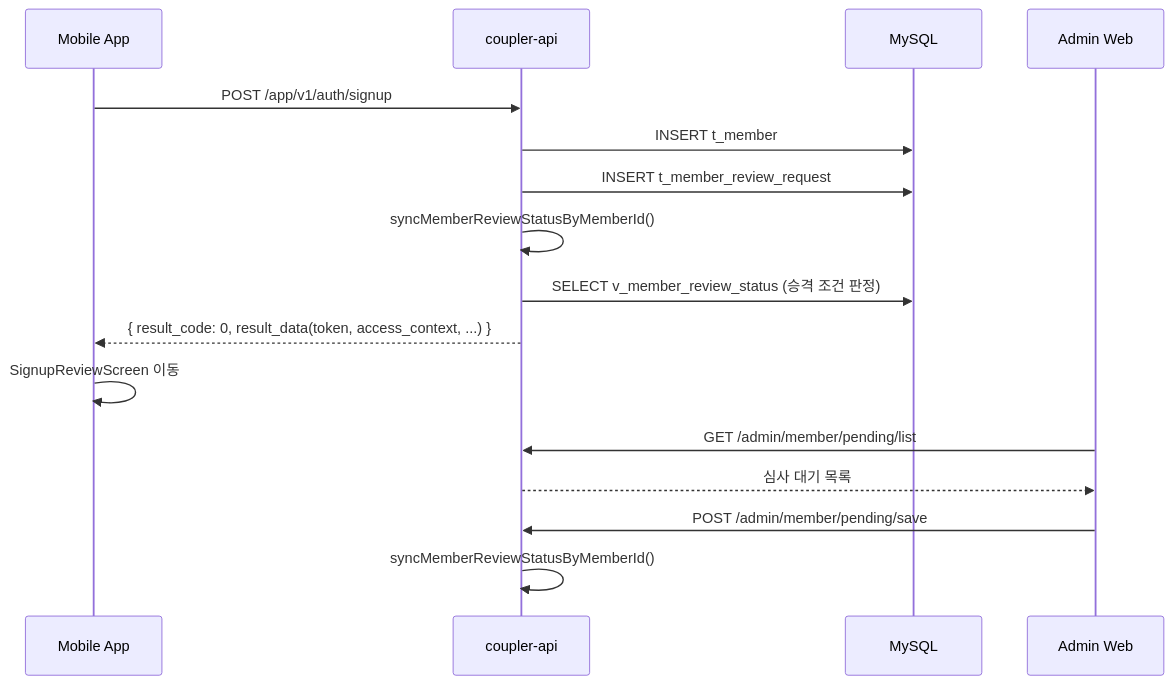
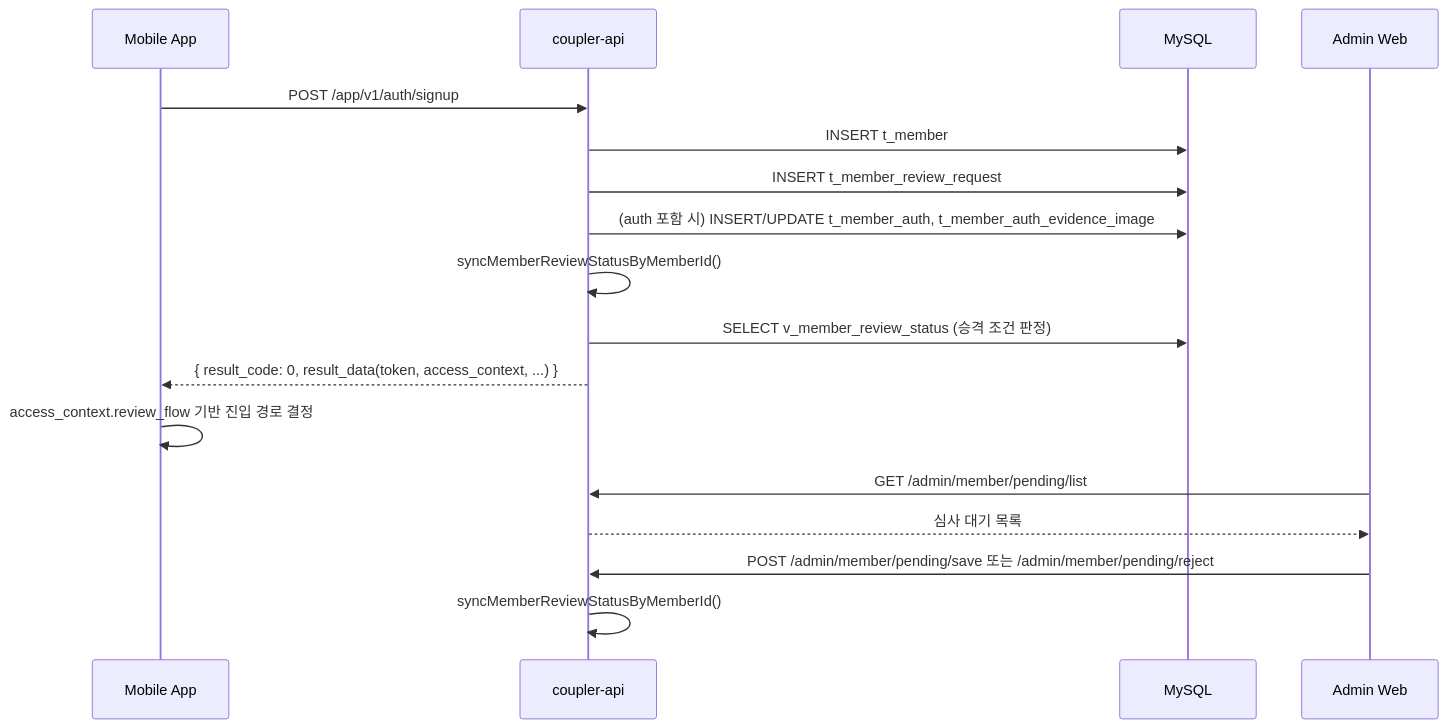
One commit to coupler-developer/docs changed the diagram in content/flows/cross-project/user-registration-flow.md. Above: the diagram before and after it, drawn with Mermaid. The commit also changed other lines of this file and 2 other files, not shown here.

Commit message:
docs: align review policy and profile/signup flows

````diff
--- a/content/flows/cross-project/user-registration-flow.md
+++ b/content/flows/cross-project/user-registration-flow.md
@@ -15,19 +15,20 @@
 ```mermaid
 sequenceDiagram
     participant App as Mobile App
     participant API as coupler-api
     participant DB as MySQL
     participant Admin as Admin Web
 
     App->>API: POST /app/v1/auth/signup
     API->>DB: INSERT t_member
     API->>DB: INSERT t_member_review_request
+    API->>DB: (auth 포함 시) INSERT/UPDATE t_member_auth, t_member_auth_evidence_image
     API->>API: syncMemberReviewStatusByMemberId()
     API->>DB: SELECT v_member_review_status (승격 조건 판정)
     API-->>App: { result_code: 0, result_data(token, access_context, ...) }
-    App->>App: SignupReviewScreen 이동
+    App->>App: access_context.review_flow 기반 진입 경로 결정
     Admin->>API: GET /admin/member/pending/list
     API-->>Admin: 심사 대기 목록
-    Admin->>API: POST /admin/member/pending/save
+    Admin->>API: POST /admin/member/pending/save 또는 /admin/member/pending/reject
     API->>API: syncMemberReviewStatusByMemberId()
 ```
````
